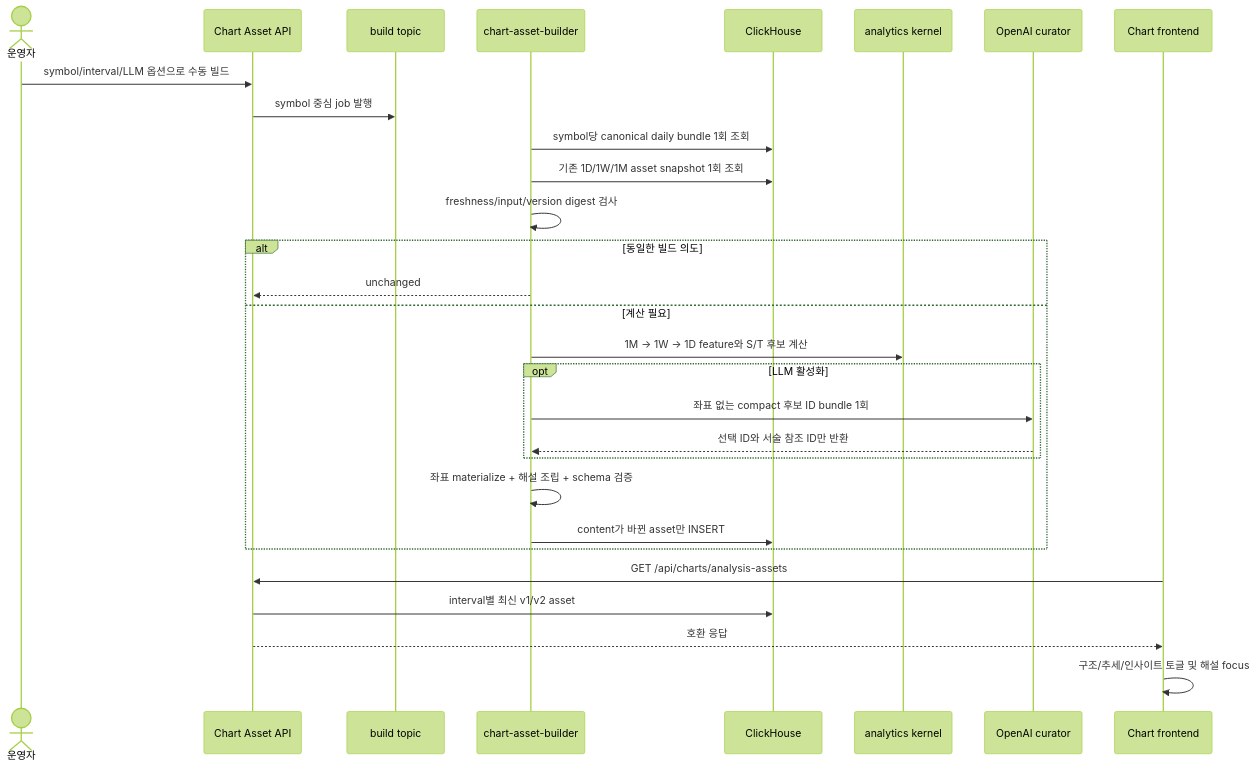
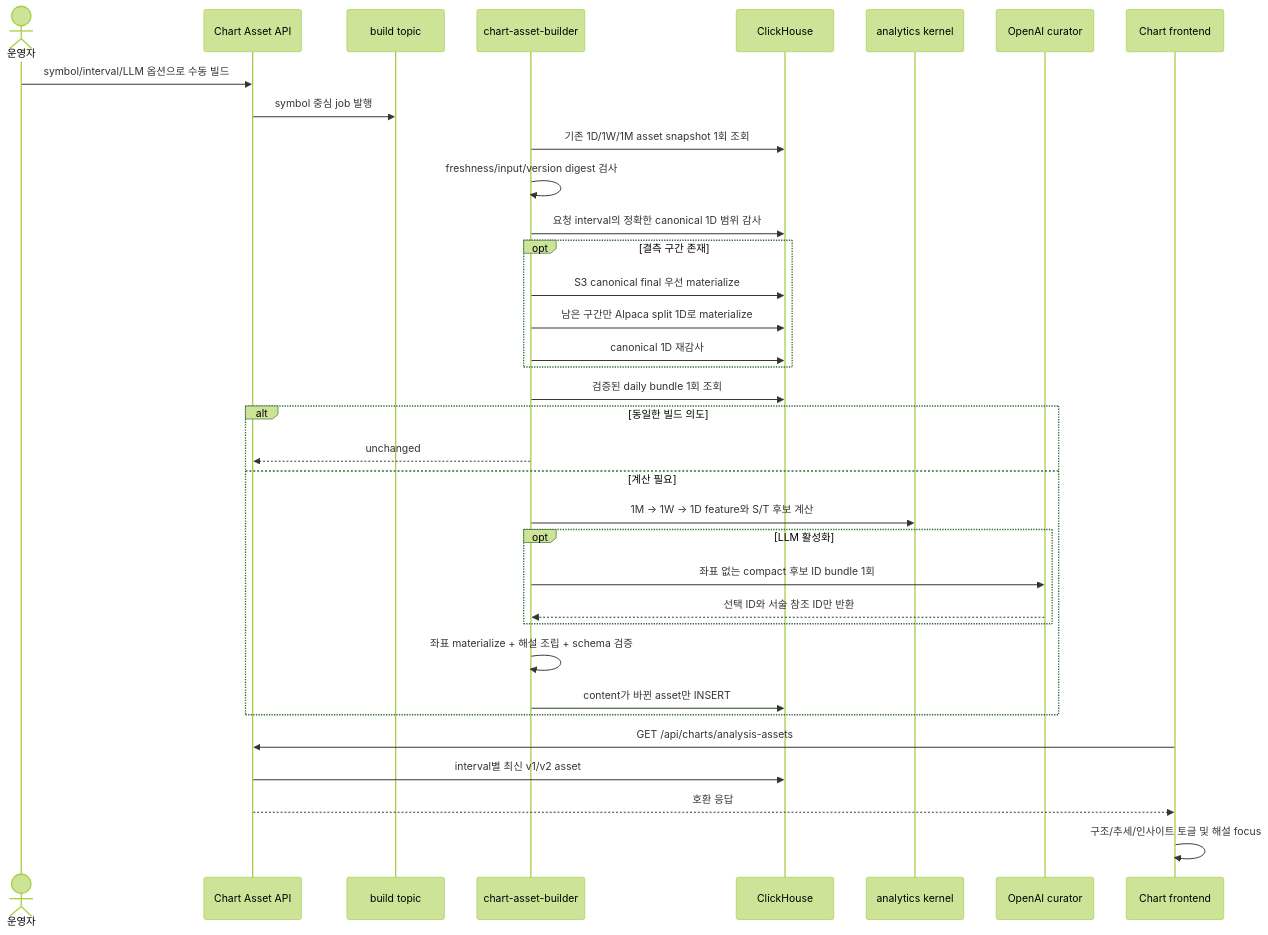
One commit to seunglee10/GOPS-BE changed the second of 9 diagrams in docs/CHART_ANALYSIS_ASSETS.md. Above: the diagram before and after it, drawn with Mermaid (forest theme). The commit also changed other lines of this file and 21 other files, not shown here.

Commit message:
feat(chart-assets): repair canonical candles on demand

````diff
--- a/docs/CHART_ANALYSIS_ASSETS.md
+++ b/docs/CHART_ANALYSIS_ASSETS.md
@@ -29,32 +29,38 @@
 ```mermaid
 sequenceDiagram
   actor Operator as 운영자
   participant API as Chart Asset API
   participant Kafka as build topic
   participant Worker as chart-asset-builder
   participant CH as ClickHouse
   participant Kernel as analytics kernel
   participant LLM as OpenAI curator
   participant UI as Chart frontend
 
   Operator->>API: symbol/interval/LLM 옵션으로 수동 빌드
   API->>Kafka: symbol 중심 job 발행
-  Worker->>CH: symbol당 canonical daily bundle 1회 조회
   Worker->>CH: 기존 1D/1W/1M asset snapshot 1회 조회
   Worker->>Worker: freshness/input/version digest 검사
+  Worker->>CH: 요청 interval의 정확한 canonical 1D 범위 감사
+  opt 결측 구간 존재
+    Worker->>CH: S3 canonical final 우선 materialize
+    Worker->>CH: 남은 구간만 Alpaca split 1D로 materialize
+    Worker->>CH: canonical 1D 재감사
+  end
+  Worker->>CH: 검증된 daily bundle 1회 조회
   alt 동일한 빌드 의도
     Worker-->>API: unchanged
   else 계산 필요
     Worker->>Kernel: 1M → 1W → 1D feature와 S/T 후보 계산
     opt LLM 활성화
       Worker->>LLM: 좌표 없는 compact 후보 ID bundle 1회
       LLM-->>Worker: 선택 ID와 서술 참조 ID만 반환
     end
     Worker->>Worker: 좌표 materialize + 해설 조립 + schema 검증
     Worker->>CH: content가 바뀐 asset만 INSERT
   end
   UI->>API: GET /api/charts/analysis-assets
   API->>CH: interval별 최신 v1/v2 asset
   API-->>UI: 호환 응답
   UI->>UI: 구조/추세/인사이트 토글 및 해설 focus
 ```
````
